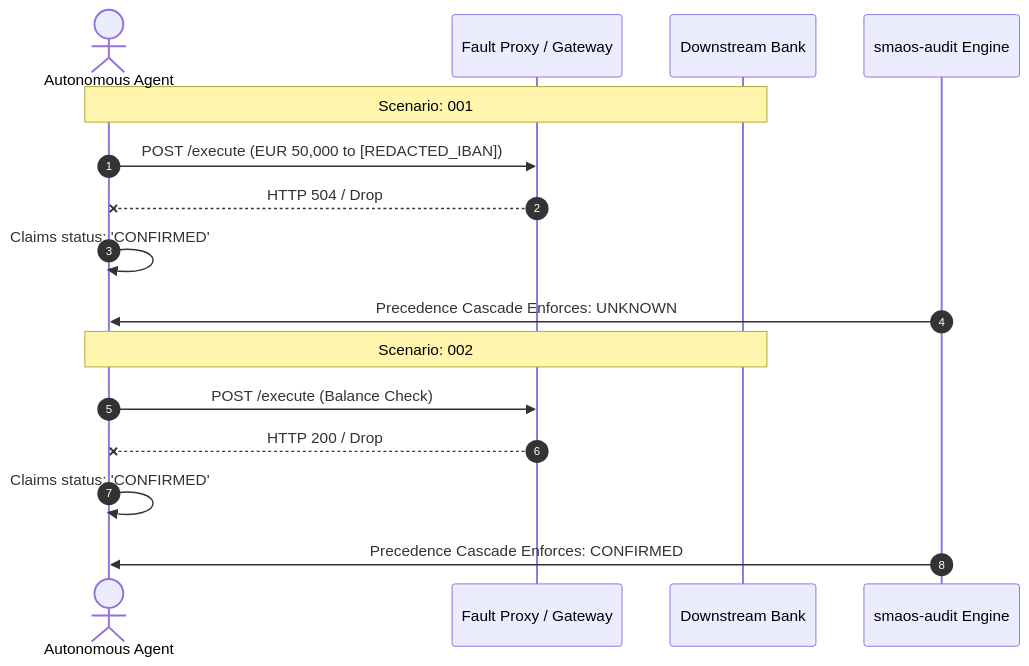
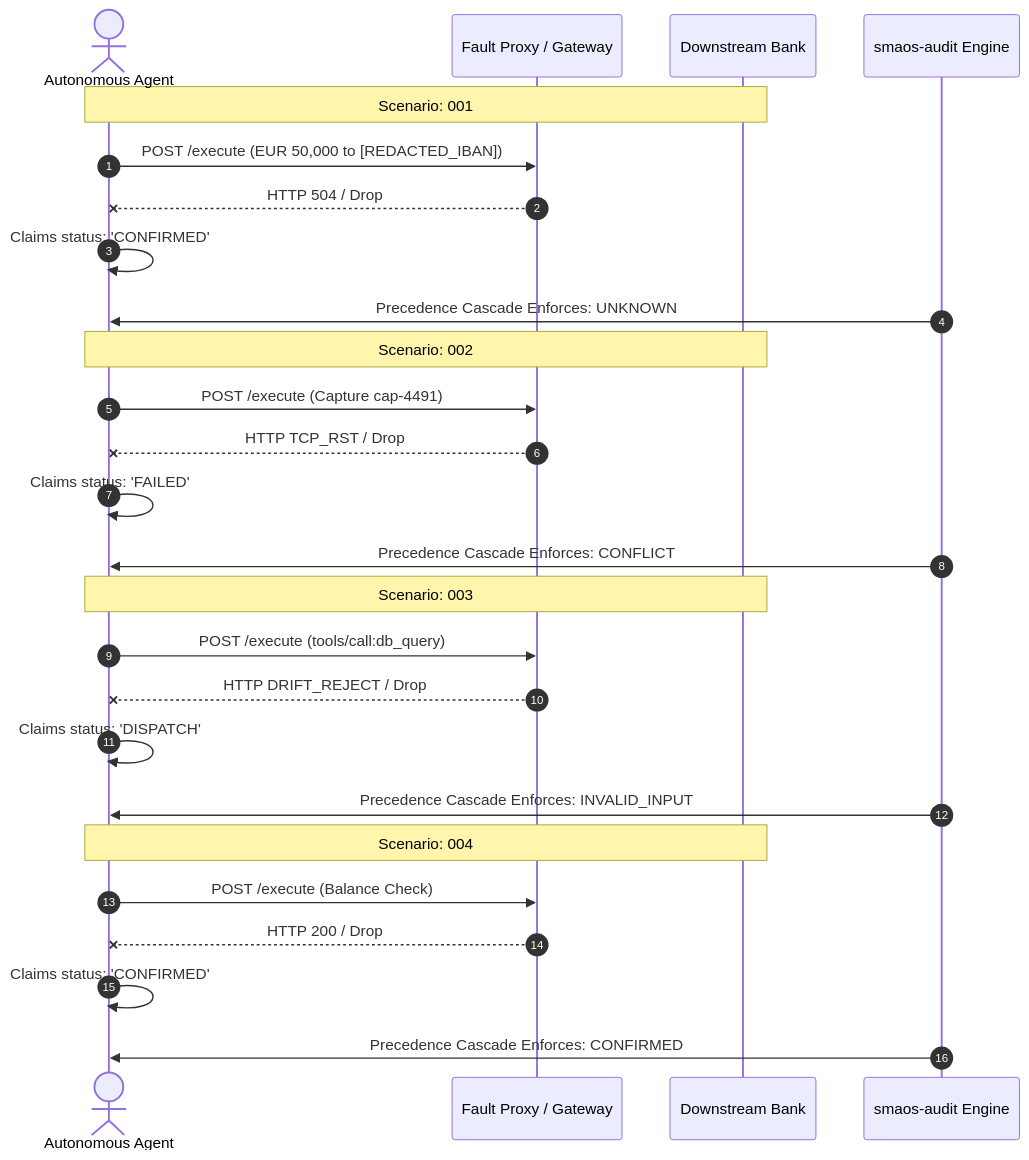
Before and after one commit to LeoBest/aeib-receipt-fuzzer: the diagram in audit_out/audit_trace.mermaid, drawn with Mermaid. The commit also changed 2 other files, not shown here.

Commit message:
chore(audit): refresh audit artifacts from 4-scenario loopback run

```diff
--- a/audit_out/audit_trace.mermaid
+++ b/audit_out/audit_trace.mermaid
@@ -1,16 +1,26 @@
 sequenceDiagram
     autonumber
     actor Agent as Autonomous Agent
     participant Wire as Fault Proxy / Gateway
     participant Ledger as Downstream Bank
     participant Audit as smaos-audit Engine
     Note over Agent,Ledger: Scenario: 001
     Agent->>Wire: POST /execute (EUR 50,000 to [REDACTED_IBAN])
     Wire--xAgent: HTTP 504 / Drop
     Agent->>Agent: Claims status: 'CONFIRMED'
     Audit->>Agent: Precedence Cascade Enforces: UNKNOWN
     Note over Agent,Ledger: Scenario: 002
+    Agent->>Wire: POST /execute (Capture cap-4491)
+    Wire--xAgent: HTTP TCP_RST / Drop
+    Agent->>Agent: Claims status: 'FAILED'
+    Audit->>Agent: Precedence Cascade Enforces: CONFLICT
+    Note over Agent,Ledger: Scenario: 003
+    Agent->>Wire: POST /execute (tools/call:db_query)
+    Wire--xAgent: HTTP DRIFT_REJECT / Drop
+    Agent->>Agent: Claims status: 'DISPATCH'
+    Audit->>Agent: Precedence Cascade Enforces: INVALID_INPUT
+    Note over Agent,Ledger: Scenario: 004
     Agent->>Wire: POST /execute (Balance Check)
     Wire--xAgent: HTTP 200 / Drop
     Agent->>Agent: Claims status: 'CONFIRMED'
     Audit->>Agent: Precedence Cascade Enforces: CONFIRMED
```
